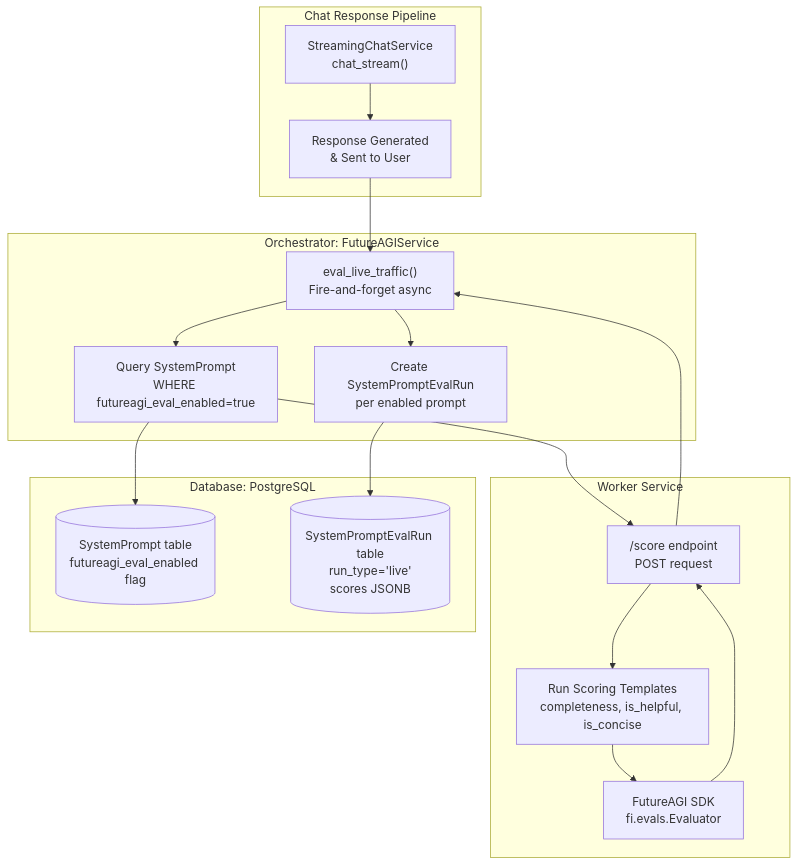
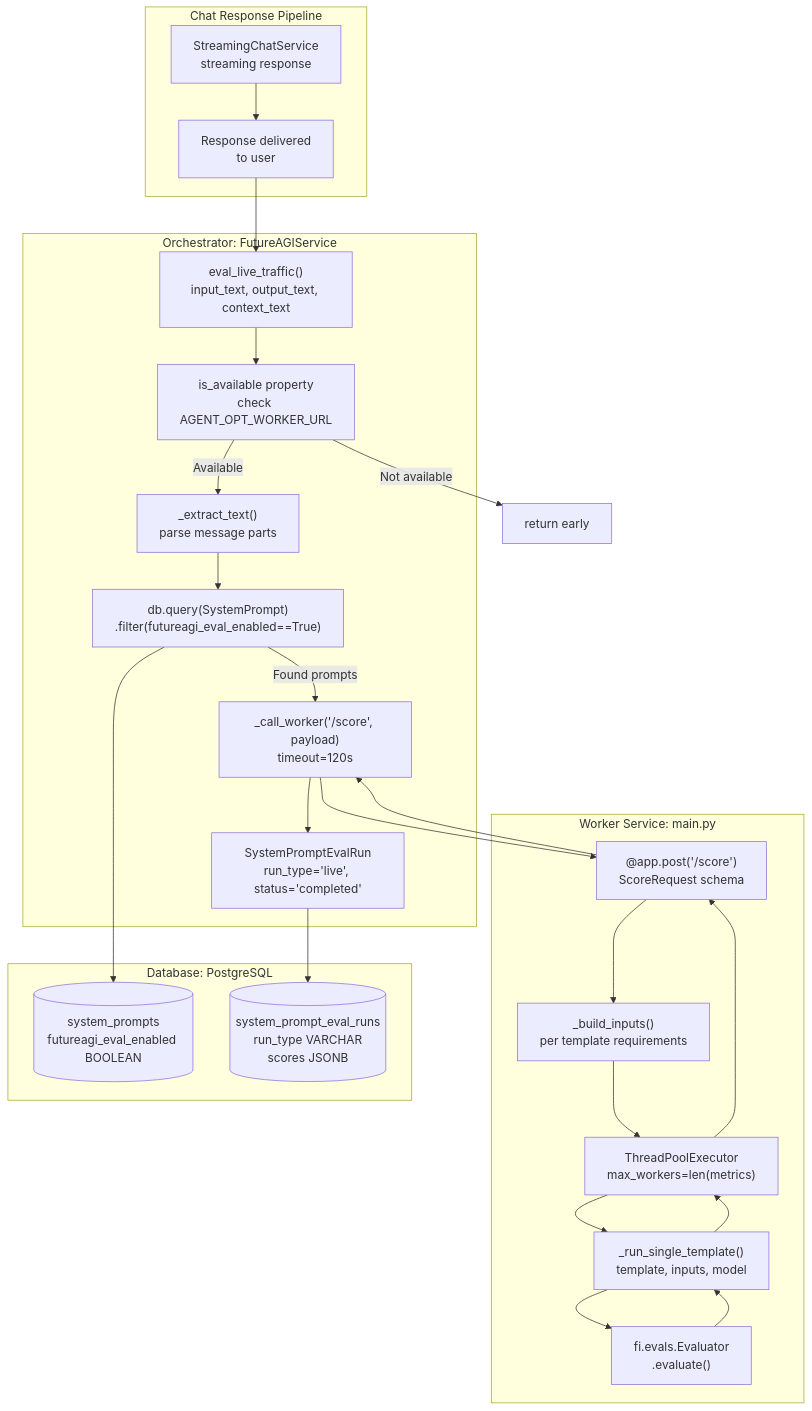
Before and after one commit to AutomatosAI/automatos-ai: the first of 4 diagrams in docs/prompt-optimization/live-traffic-scoring.md, drawn with Mermaid. The commit also changed other lines of this file and 149 other files, not shown here.

Commit message:
docs: refresh documentation with graphify semantic scan

````diff
--- a/docs/prompt-optimization/live-traffic-scoring.md
+++ b/docs/prompt-optimization/live-traffic-scoring.md
@@ -42,36 +54,49 @@
 ```mermaid
 graph TB
     subgraph "Chat Response Pipeline"
-        StreamingChat["StreamingChatService<br/>chat_stream()"]
-        ResponseComplete["Response Generated<br/>& Sent to User"]
+        StreamingChat["StreamingChatService<br/>streaming response"]
+        ResponseComplete["Response delivered<br/>to user"]
     end
     
     subgraph "Orchestrator: FutureAGIService"
-        EvalLive["eval_live_traffic()<br/>Fire-and-forget async"]
-        QueryPrompts["Query SystemPrompt<br/>WHERE futureagi_eval_enabled=true"]
-        CreateRuns["Create SystemPromptEvalRun<br/>per enabled prompt"]
+        EvalLive["eval_live_traffic()<br/>input_text, output_text, context_text"]
+        CheckAvailable["is_available property<br/>check AGENT_OPT_WORKER_URL"]
+        ExtractText["_extract_text()<br/>parse message parts"]
+        QueryPrompts["db.query(SystemPrompt)<br/>.filter(futureagi_eval_enabled==True)"]
+        CallWorker["_call_worker('/score', payload)<br/>timeout=120s"]
+        CreateRuns["SystemPromptEvalRun<br/>run_type='live', status='completed'"]
     end
     
-    subgraph "Worker Service"
-        ScoreEndpoint["/score endpoint<br/>POST request"]
-        RunTemplates["Run Scoring Templates<br/>completeness, is_helpful, is_concise"]
-        FutureAGISDK["FutureAGI SDK<br/>fi.evals.Evaluator"]
+    subgraph "Worker Service: main.py"
+        ScoreEndpoint["@app.post('/score')<br/>ScoreRequest schema"]
+        BuildInputs["_build_inputs()<br/>per template requirements"]
+        ThreadPool["ThreadPoolExecutor<br/>max_workers=len(metrics)"]
+        RunTemplate["_run_single_template()<br/>template, inputs, model"]
+        SDKEval["fi.evals.Evaluator<br/>.evaluate()"]
     end
     
     subgraph "Database: PostgreSQL"
-        SystemPromptTable[("SystemPrompt table<br/>futureagi_eval_enabled flag")]
-        EvalRunsTable[("SystemPromptEvalRun table<br/>run_type='live'<br/>scores JSONB")]
+        SystemPromptTable[("system_prompts<br/>futureagi_eval_enabled BOOLEAN")]
+        EvalRunsTable[("system_prompt_eval_runs<br/>run_type VARCHAR<br/>scores JSONB")]
     end
     
     StreamingChat --> ResponseComplete
     ResponseComplete --> EvalLive
-    EvalLive --> QueryPrompts
+    EvalLive --> CheckAvailable
+    CheckAvailable -->|"Available"| ExtractText
+    CheckAvailable -->|"Not available"| Return["return early"]
+    ExtractText --> QueryPrompts
     QueryPrompts --> SystemPromptTable
-    QueryPrompts --> ScoreEndpoint
-    ScoreEndpoint --> RunTemplates
-    RunTemplates --> FutureAGISDK
-    FutureAGISDK --> ScoreEndpoint
-    ScoreEndpoint --> EvalLive
-    EvalLive --> CreateRuns
+    QueryPrompts -->|"Found prompts"| CallWorker
+    CallWorker --> ScoreEndpoint
+    ScoreEndpoint --> BuildInputs
+    BuildInputs --> ThreadPool
+    ThreadPool --> RunTemplate
+    RunTemplate --> SDKEval
+    SDKEval --> RunTemplate
+    RunTemplate --> ThreadPool
+    ThreadPool --> ScoreEndpoint
+    ScoreEndpoint --> CallWorker
+    CallWorker --> CreateRuns
     CreateRuns --> EvalRunsTable
 ```
````
